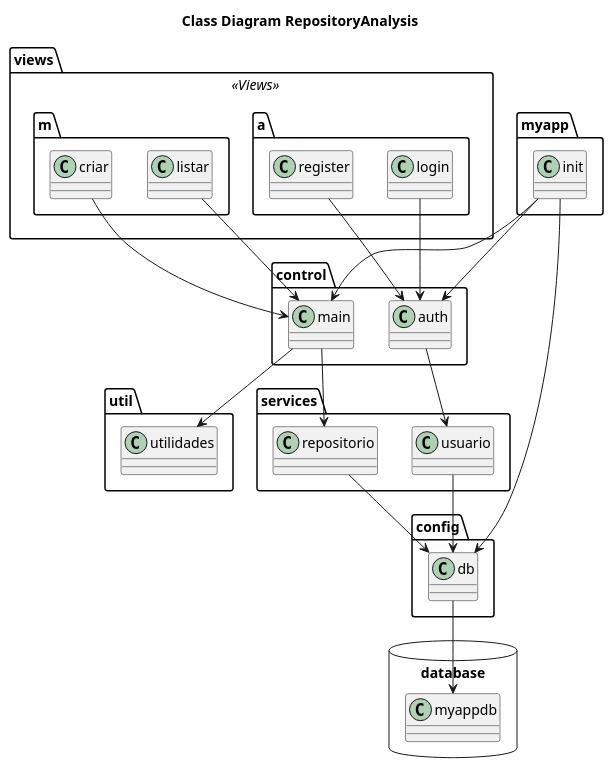
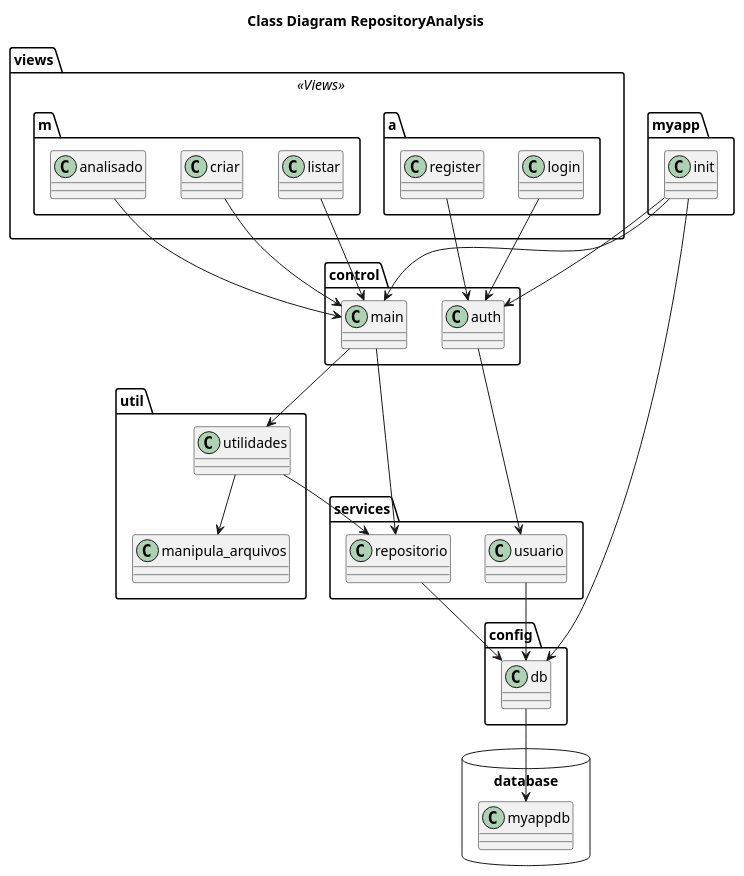
One commit to myplayareas/ppc changed the diagram in docs/architecture_overview.wsd. Above: the diagram before and after it, drawn with PlantUML. The commit also changed 7 other files, not shown here.

```diff
--- a/docs/architecture_overview.wsd
+++ b/docs/architecture_overview.wsd
@@ -1,58 +1,63 @@
 @startuml
 
 title Class Diagram RepositoryAnalysis
 
 package myapp <<Folder>> {
   class init
 }
 
 package control <<Folder>> {
   class main
   class auth
 }
 
 package util <<Folder>> {
   class utilidades
+  class manipula_arquivos
 }
 
 package services <<Folder>> {
   class repositorio
   class usuario
 }
 
 package config <<Folder>> {
   class db
 }
 
 package database <<Database>> {
   class myappdb
 }
 
 package views <<Views>> {
   package m <<Folder>> {
     class listar
     class criar
+    class analisado
   }
 
   package a <<Folder>> {
     class login
     class register
   }
 
 }
 
 init --> db
 init --> main
 init --> auth
 db --> myappdb
 main --> repositorio
 repositorio --> db
 main --> utilidades
+utilidades --> manipula_arquivos
+utilidades --> repositorio
 auth --> usuario
 usuario --> db
 listar --> main 
 criar --> main
+analisado --> main
 login --> auth 
 register --> auth
 
 @enduml
```
